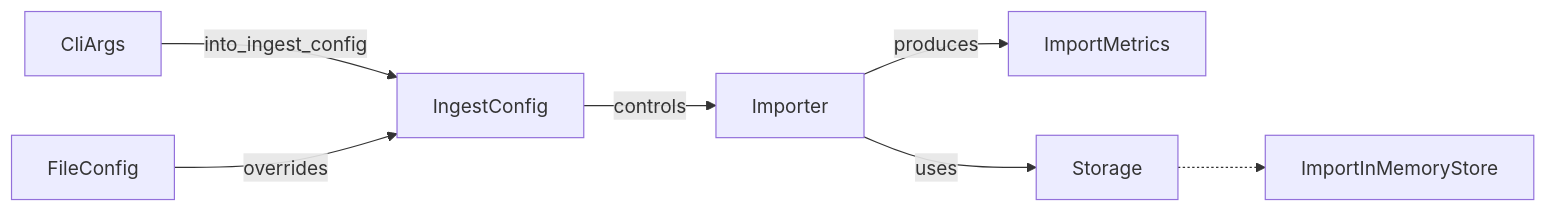
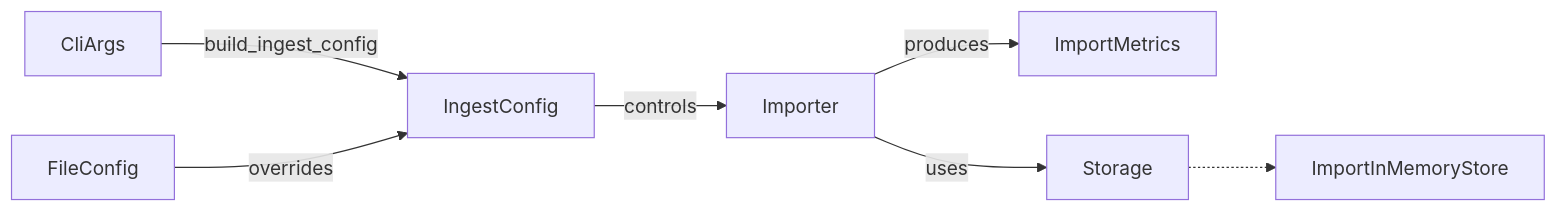
Before and after one commit to aaweaver-actuary/chess-training: the second of 2 diagrams in docs/rust-structs-glossary.md, drawn with Mermaid. The commit also changed other lines of this file and 4 other files, not shown here.

Commit message:
Rename PGN CLI config builder

````diff
--- a/docs/rust-structs-glossary.md
+++ b/docs/rust-structs-glossary.md
@@ -926,9 +926,9 @@
 ```mermaid
 flowchart LR
-    CLI[CliArgs] -->|into_ingest_config| CFG[IngestConfig]
+    CLI[CliArgs] -->|build_ingest_config| CFG[IngestConfig]
     FileConfig -->|overrides| CFG
     CFG -->|controls| Importer
     Importer -->|produces| Metrics[ImportMetrics]
     Importer -->|uses| StorageTrait[Storage]
     StorageTrait -.-> ImportInMemoryStore
 ```
````
